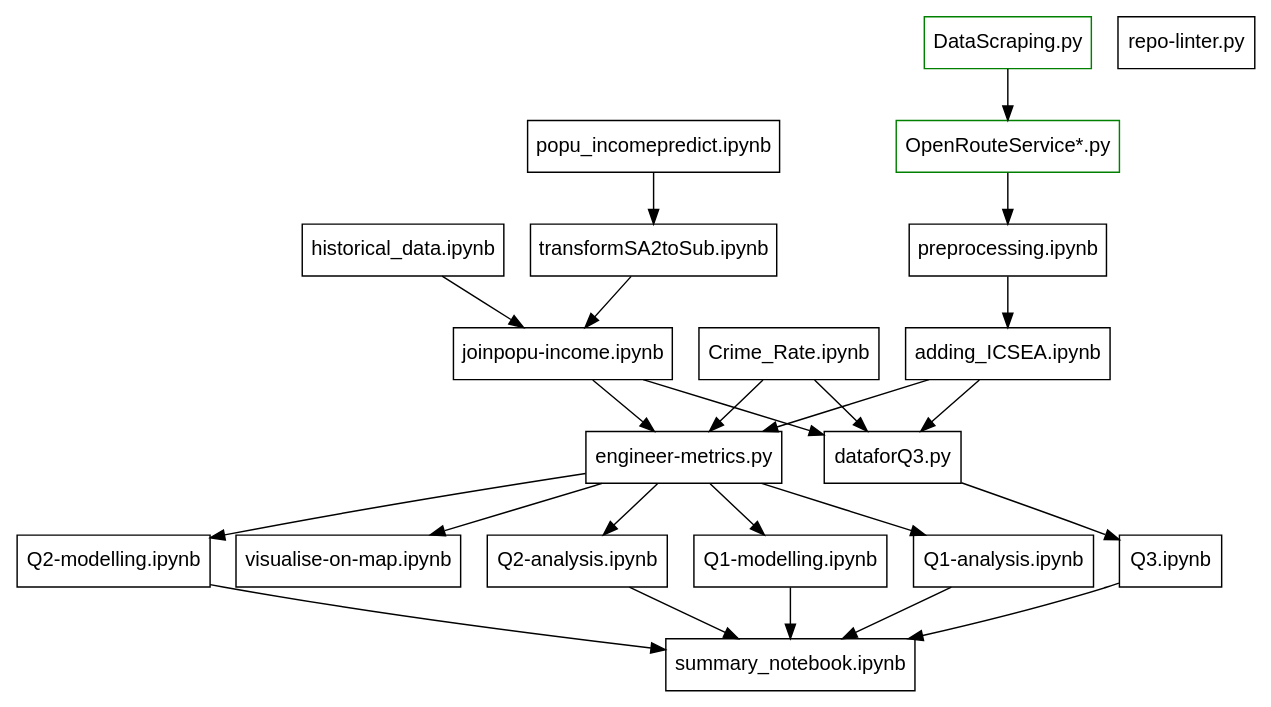
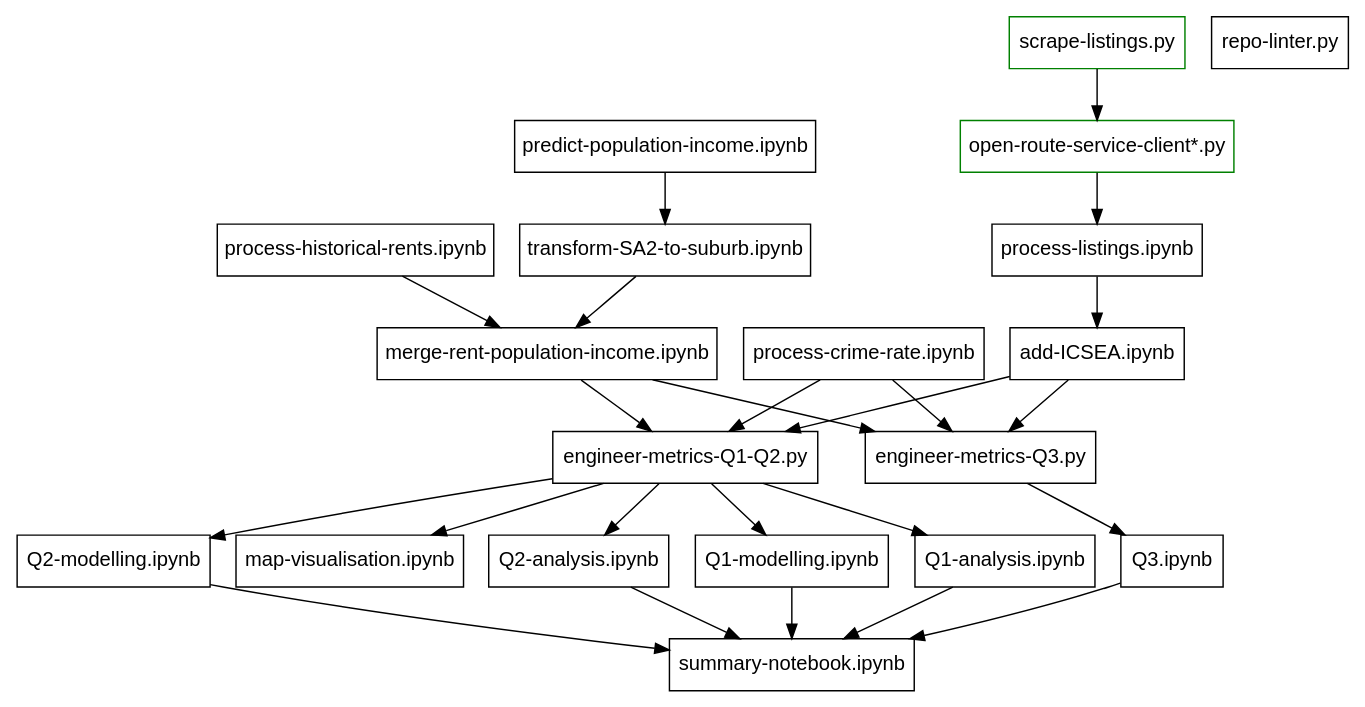
The diagram in dependency-graph.dot (MAST30034-Applied-Data-Science/generic-real-estate-consulting-project-group-21), drawn with Graphviz before and after one commit. The commit also changed 15 other files, not shown here.

```diff
--- a/dependency-graph.dot
+++ b/dependency-graph.dot
@@ -1,46 +1,46 @@
 digraph G {
   fontname="Helvetica,Arial,sans-serif"
   node [fontname="Helvetica,Arial,sans-serif"]
   edge [fontname="Helvetica,Arial,sans-serif"]
   node [shape=box];
-  "DataScraping.py" [color="green"]
-  "OpenRouteService*.py" [color="green"]
-  "DataScraping.py" -> "OpenRouteService*.py" 
-  "OpenRouteService*.py" -> "preprocessing.ipynb"
-  "popu_incomepredict.ipynb"
-  "popu_incomepredict.ipynb" -> "transformSA2toSub.ipynb"
-  "transformSA2toSub.ipynb"
-  "transformSA2toSub.ipynb" -> "joinpopu-income.ipynb"
-  "historical_data.ipynb"
-  "historical_data.ipynb" -> "joinpopu-income.ipynb"
-  "joinpopu-income.ipynb"
-  "joinpopu-income.ipynb" -> "dataforQ3.py"
-  "joinpopu-income.ipynb" -> "engineer-metrics.py"
-  "Crime_Rate.ipynb"
-  "Crime_Rate.ipynb" -> "dataforQ3.py"
-  "Crime_Rate.ipynb" -> "engineer-metrics.py"
-  "preprocessing.ipynb"
-  "preprocessing.ipynb" -> "adding_ICSEA.ipynb"
-  "adding_ICSEA.ipynb"
-  "adding_ICSEA.ipynb" -> "dataforQ3.py"
-  "adding_ICSEA.ipynb" -> "engineer-metrics.py"
-  "engineer-metrics.py"
-  "engineer-metrics.py" -> "Q1-modelling.ipynb"
-  "engineer-metrics.py" -> "Q1-analysis.ipynb"
-  "engineer-metrics.py" -> "Q2-modelling.ipynb"
-  "engineer-metrics.py" -> "Q2-analysis.ipynb"
-  "engineer-metrics.py" -> "visualise-on-map.ipynb"
-  "dataforQ3.py"
-  "dataforQ3.py" -> "Q3.ipynb"
+  "scrape-listings.py" [color="green"]
+  "open-route-service-client*.py" [color="green"]
+  "scrape-listings.py" -> "open-route-service-client*.py" 
+  "open-route-service-client*.py" -> "process-listings.ipynb"
+  "predict-population-income.ipynb"
+  "predict-population-income.ipynb" -> "transform-SA2-to-suburb.ipynb"
+  "transform-SA2-to-suburb.ipynb"
+  "transform-SA2-to-suburb.ipynb" -> "merge-rent-population-income.ipynb"
+  "process-historical-rents.ipynb"
+  "process-historical-rents.ipynb" -> "merge-rent-population-income.ipynb"
+  "merge-rent-population-income.ipynb"
+  "merge-rent-population-income.ipynb" -> "engineer-metrics-Q3.py"
+  "merge-rent-population-income.ipynb" -> "engineer-metrics-Q1-Q2.py"
+  "process-crime-rate.ipynb"
+  "process-crime-rate.ipynb" -> "engineer-metrics-Q3.py"
+  "process-crime-rate.ipynb" -> "engineer-metrics-Q1-Q2.py"
+  "process-listings.ipynb"
+  "process-listings.ipynb" -> "add-ICSEA.ipynb"
+  "add-ICSEA.ipynb"
+  "add-ICSEA.ipynb" -> "engineer-metrics-Q3.py"
+  "add-ICSEA.ipynb" -> "engineer-metrics-Q1-Q2.py"
+  "engineer-metrics-Q1-Q2.py"
+  "engineer-metrics-Q1-Q2.py" -> "Q1-modelling.ipynb"
+  "engineer-metrics-Q1-Q2.py" -> "Q1-analysis.ipynb"
+  "engineer-metrics-Q1-Q2.py" -> "Q2-modelling.ipynb"
+  "engineer-metrics-Q1-Q2.py" -> "Q2-analysis.ipynb"
+  "engineer-metrics-Q1-Q2.py" -> "map-visualisation.ipynb"
+  "engineer-metrics-Q3.py"
+  "engineer-metrics-Q3.py" -> "Q3.ipynb"
   "Q1-modelling.ipynb"
-  "Q1-modelling.ipynb" -> "summary_notebook.ipynb"
+  "Q1-modelling.ipynb" -> "summary-notebook.ipynb"
   "Q1-analysis.ipynb"
-  "Q1-analysis.ipynb" -> "summary_notebook.ipynb"
+  "Q1-analysis.ipynb" -> "summary-notebook.ipynb"
   "Q2-modelling.ipynb"
-  "Q2-modelling.ipynb" -> "summary_notebook.ipynb"
+  "Q2-modelling.ipynb" -> "summary-notebook.ipynb"
   "Q2-analysis.ipynb"
-  "Q2-analysis.ipynb" -> "summary_notebook.ipynb"
+  "Q2-analysis.ipynb" -> "summary-notebook.ipynb"
   "Q3.ipynb"
-  "Q3.ipynb" -> "summary_notebook.ipynb"
+  "Q3.ipynb" -> "summary-notebook.ipynb"
   "repo-linter.py"
 }
```
